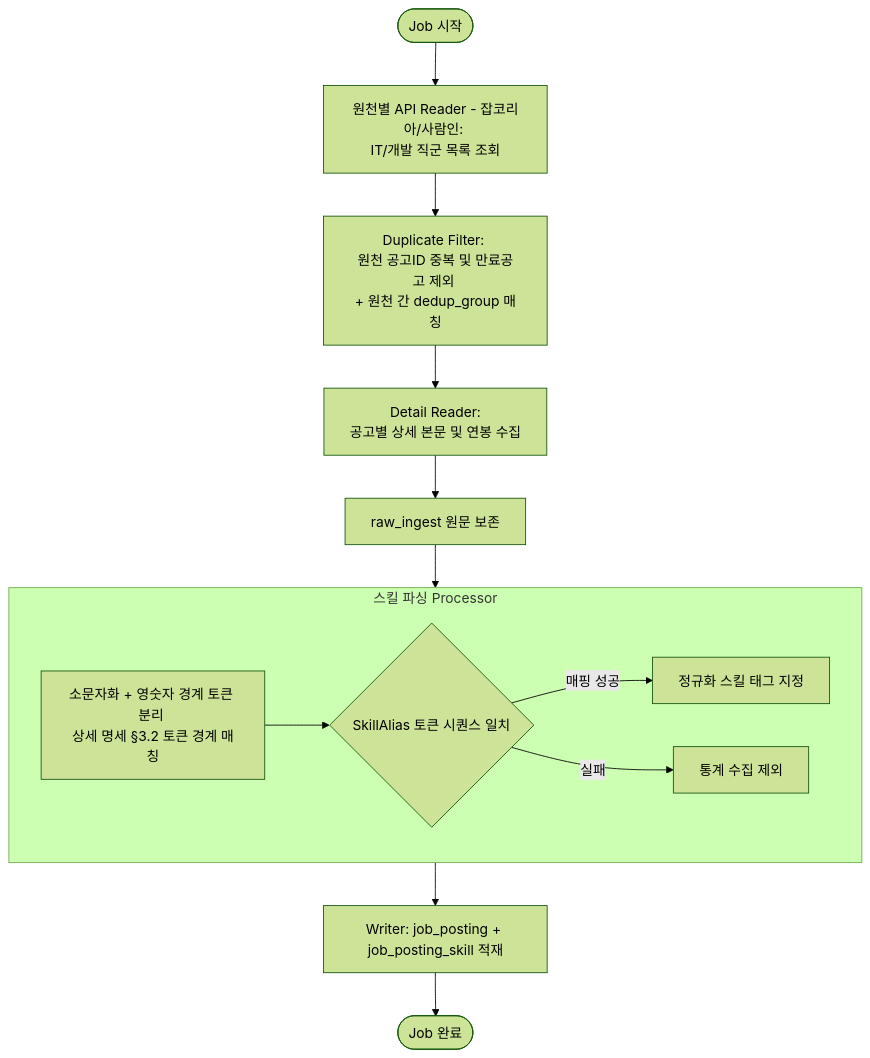
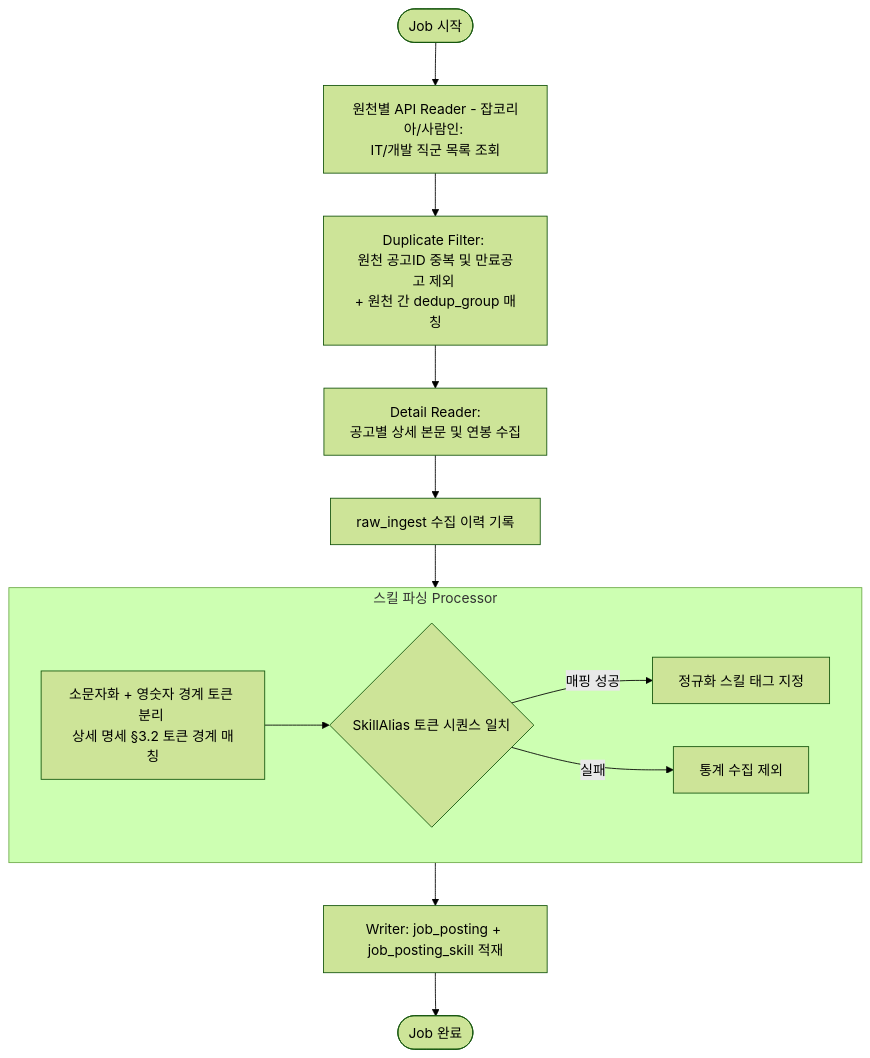
The third of 5 diagrams in docs/specs/application-workflow.md (SeoHyeokGyu/Carix), drawn with Mermaid (forest theme) before and after one commit. The commit also changed 18 other files, not shown here.

First line of the commit message:
chore(collector): raw_ingest 원문 보관을 중단하고 재가공 서브시스템을 제거

````diff
--- a/docs/specs/application-workflow.md
+++ b/docs/specs/application-workflow.md
@@ -120,17 +120,17 @@
 ```mermaid
 flowchart TD
     Start([Job 시작]) --> Reader[원천별 API Reader - 잡코리아/사람인: <br>IT/개발 직군 목록 조회]
     Reader --> Filter[Duplicate Filter: <br>원천 공고ID 중복 및 만료공고 제외 <br>+ 원천 간 dedup_group 매칭]
     Filter --> DetailReader[Detail Reader: <br>공고별 상세 본문 및 연봉 수집]
     
     subgraph SkillParser [스킬 파싱 Processor]
         Preprocess[소문자화 + 영숫자 경계 토큰 분리 <br>상세 명세 §3.2 토큰 경계 매칭] --> AliasMatch{SkillAlias 토큰 시퀀스 일치}
         AliasMatch -->|매핑 성공| TagSkill[정규화 스킬 태그 지정]
         AliasMatch -->|실패| Drop[통계 수집 제외]
     end
     
-    DetailReader --> RawStore[raw_ingest 원문 보존]
+    DetailReader --> RawStore[raw_ingest 수집 이력 기록]
     RawStore --> SkillParser
     SkillParser --> Writer[Writer: job_posting + job_posting_skill 적재]
     Writer --> End([Job 완료])
 ```
````
